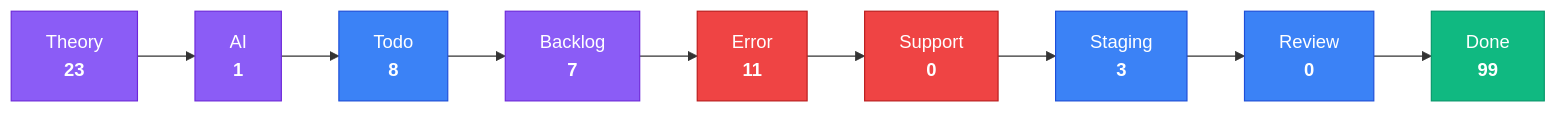
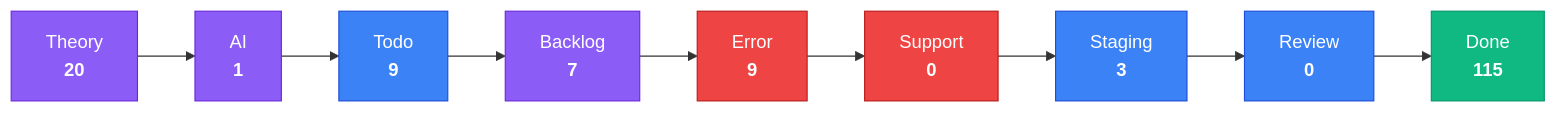
Before and after one commit to KBVE/kbve: the third of 4 diagrams in apps/kbve/astro-kbve/src/content/docs/dashboard/kanban-data.mdx, drawn with Mermaid. The commit also changed other lines of this file and 8 other files, not shown here.

````diff
--- a/apps/kbve/astro-kbve/src/content/docs/dashboard/kanban-data.mdx
+++ b/apps/kbve/astro-kbve/src/content/docs/dashboard/kanban-data.mdx
@@ -79,28 +79,28 @@
 ```mermaid
 flowchart LR
     classDef planning fill:#8b5cf6,stroke:#6d28d9,color:#fff
     classDef active fill:#3b82f6,stroke:#1d4ed8,color:#fff
     classDef blocked fill:#ef4444,stroke:#b91c1c,color:#fff
     classDef done fill:#10b981,stroke:#059669,color:#fff
-    Theory["Theory<br/><strong>23</strong>"]
+    Theory["Theory<br/><strong>20</strong>"]
     Theory --> AI
     AI["AI<br/><strong>1</strong>"]
     AI --> Todo
-    Todo["Todo<br/><strong>8</strong>"]
+    Todo["Todo<br/><strong>9</strong>"]
     Todo --> Backlog
     Backlog["Backlog<br/><strong>7</strong>"]
     Backlog --> Error
-    Error["Error<br/><strong>11</strong>"]
+    Error["Error<br/><strong>9</strong>"]
     Error --> Support
     Support["Support<br/><strong>0</strong>"]
     Support --> Staging
     Staging["Staging<br/><strong>3</strong>"]
     Staging --> Review
     Review["Review<br/><strong>0</strong>"]
     Review --> Done
-    Done["Done<br/><strong>99</strong>"]
+    Done["Done<br/><strong>115</strong>"]
     class Theory,AI,Backlog planning
     class Todo,Staging,Review active
     class Error,Support blocked
     class Done done
 ```
````
